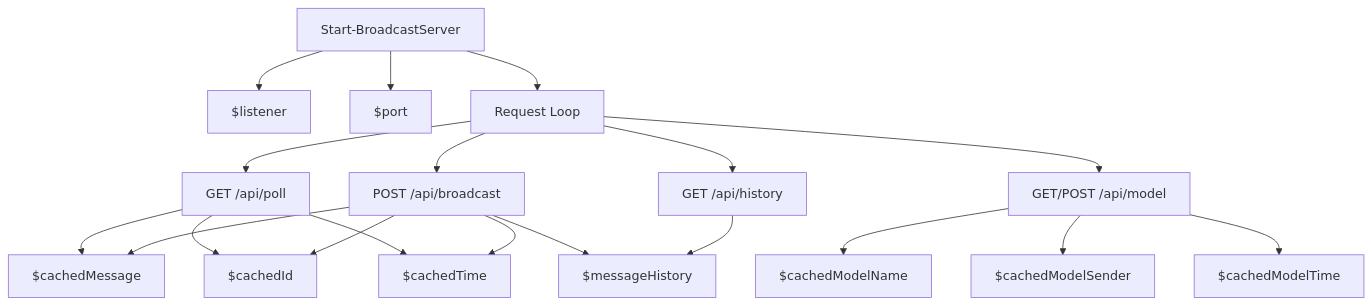
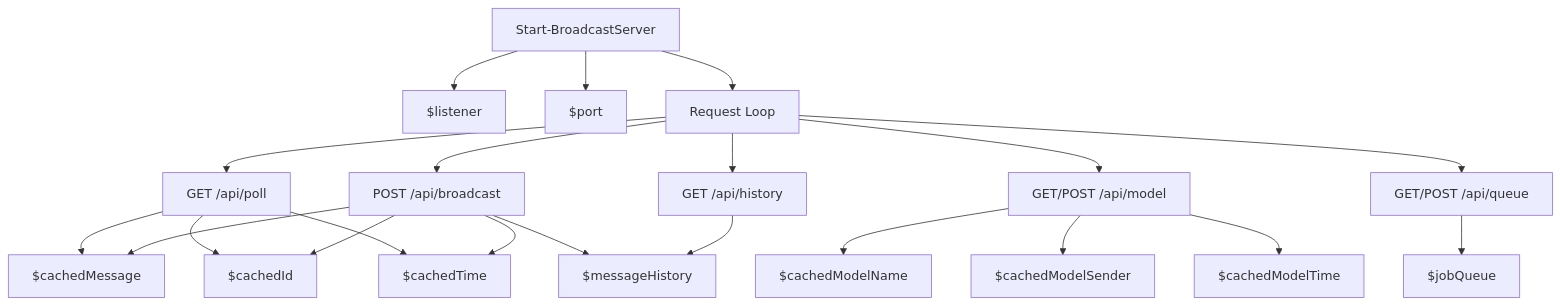
Before and after one commit to DovahkiinYuzuko/ddo-saba: the diagram in docs/variables'n'functions/[PowerShell]broadcast_server.md, drawn with Mermaid. The commit also changed other lines of this file and 7 other files, not shown here.

````diff
--- a/docs/variables'n'functions/[PowerShell]broadcast_server.md
+++ b/docs/variables'n'functions/[PowerShell]broadcast_server.md
@@ -57,21 +63,23 @@
 ```mermaid
 graph TD
     start[Start-BroadcastServer] --> listener[$listener]
     start --> port[$port]
     start --> loop[Request Loop]
     loop --> poll[GET /api/poll]
     loop --> broadcast[POST /api/broadcast]
     loop --> history[GET /api/history]
     loop --> model[GET/POST /api/model]
+    loop --> queue[GET/POST /api/queue]
     poll --> cacheMsg[$cachedMessage]
     poll --> cacheId[$cachedId]
     poll --> cacheTime[$cachedTime]
     broadcast --> cacheMsg
     broadcast --> cacheId
     broadcast --> cacheTime
     broadcast --> cacheHist[$messageHistory]
     history --> cacheHist
     model --> cacheModelName[$cachedModelName]
     model --> cacheModelSender[$cachedModelSender]
     model --> cacheModelTime[$cachedModelTime]
+    queue --> jobQueue[$jobQueue]
 ```
````
